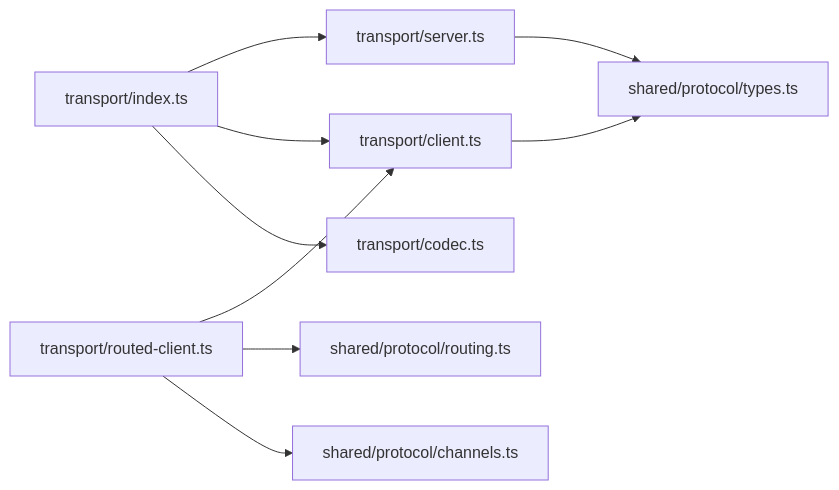
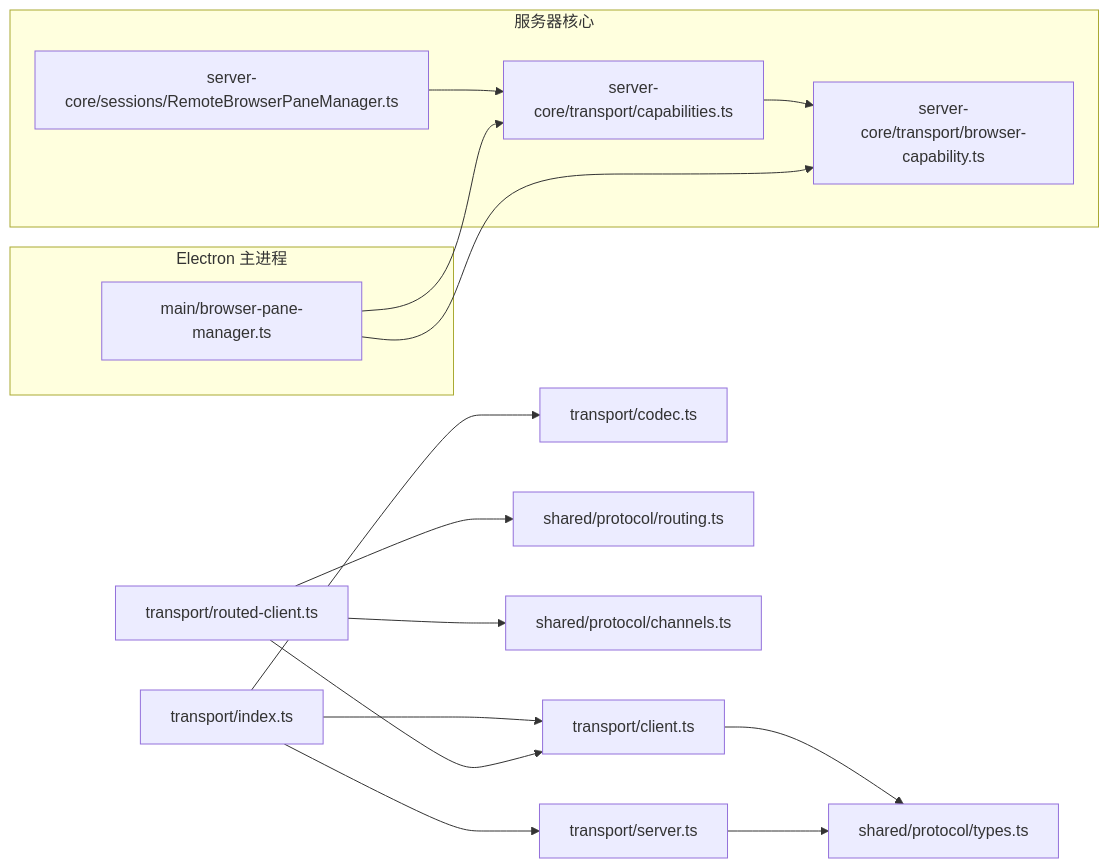
The seventh of 7 diagrams in .qoder/repowiki/zh/content/服务器架构/服务器核心/传输层.md (haolange/craft-agents-oss), drawn with Mermaid before and after one commit. The commit also changed other lines of this file and 5 other files, not shown here.

````diff
--- a/.qoder/repowiki/zh/content/服务器架构/服务器核心/传输层.md
+++ b/.qoder/repowiki/zh/content/服务器架构/服务器核心/传输层.md
@@ -307,11 +487,23 @@
 ```mermaid
 graph LR
 Index["transport/index.ts"] --> Server["transport/server.ts"]
 Index --> Client["transport/client.ts"]
 Index --> Codec["transport/codec.ts"]
 RClient["transport/routed-client.ts"] --> Client
 RClient --> Routing["shared/protocol/routing.ts"]
 RClient --> Channels["shared/protocol/channels.ts"]
 Client --> Types["shared/protocol/types.ts"]
 Server --> Types
+subgraph "服务器核心"
+PCap["server-core/transport/capabilities.ts"]
+PBCap["server-core/transport/browser-capability.ts"]
+RBPM["server-core/sessions/RemoteBrowserPaneManager.ts"]
+end
+subgraph "Electron 主进程"
+BBridge["main/browser-pane-manager.ts"]
+end
+PCap --> PBCap
+RBPM --> PCap
+BBridge --> PCap
+BBridge --> PBCap
 ```
````
